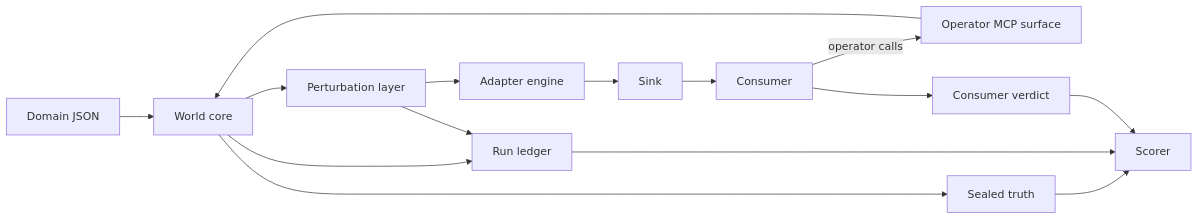
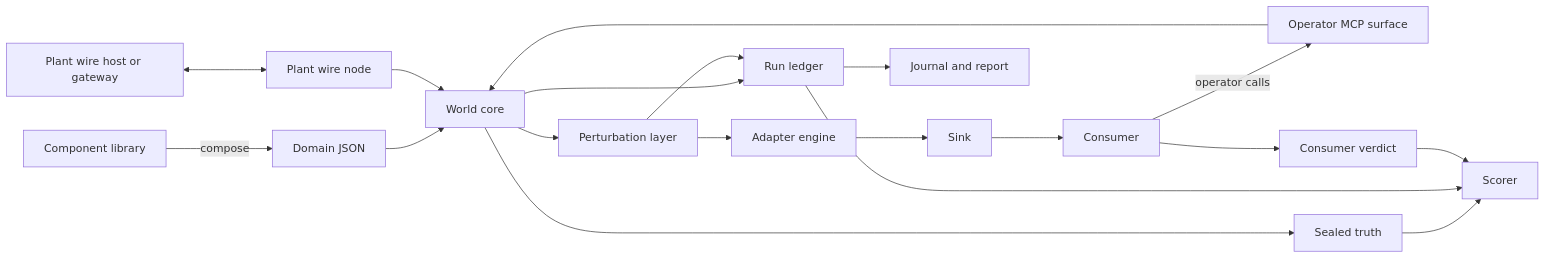
Before and after one commit to ghassan-ai-projects/streams-simulator: the diagram in documentation/architecture/overview.md, drawn with Mermaid. The commit also changed other lines of this file and 44 other files, not shown here.

````diff
--- a/documentation/architecture/overview.md
+++ b/documentation/architecture/overview.md
@@ -9,17 +9,21 @@
 ```mermaid
 flowchart LR
     D[Domain JSON] --> W[World core]
+    K[Component library] -->|compose| D
     W --> P[Perturbation layer]
     P --> A[Adapter engine]
     A --> S[Sink]
     S --> C[Consumer]
     W --> L[Run ledger]
     P --> L
     C -->|operator calls| O[Operator MCP surface]
     O --> W
     W --> T[Sealed truth]
     C --> V[Consumer verdict]
     T --> X[Scorer]
     L --> X
     V --> X
+    L --> J[Journal and report]
+    H[Plant wire host or gateway] <--> R[Plant wire node]
+    R --> W
 ```
````
